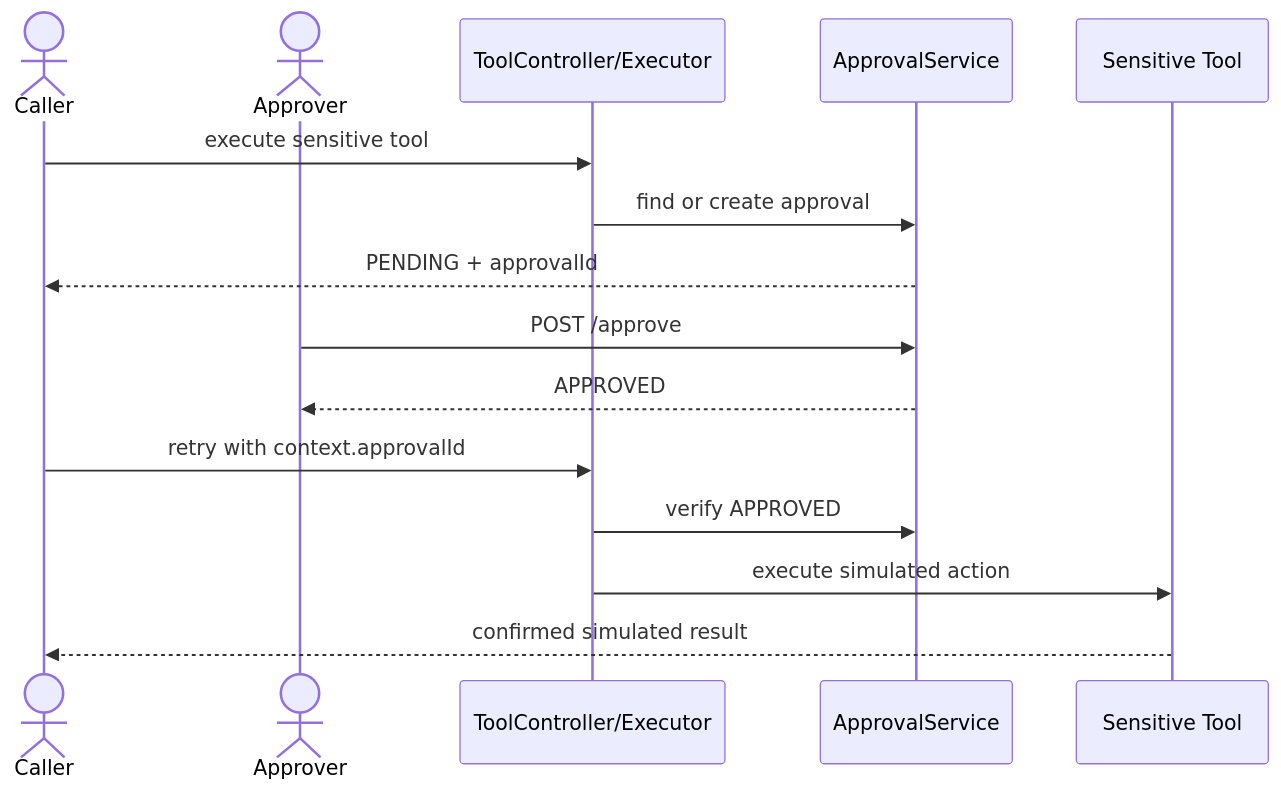
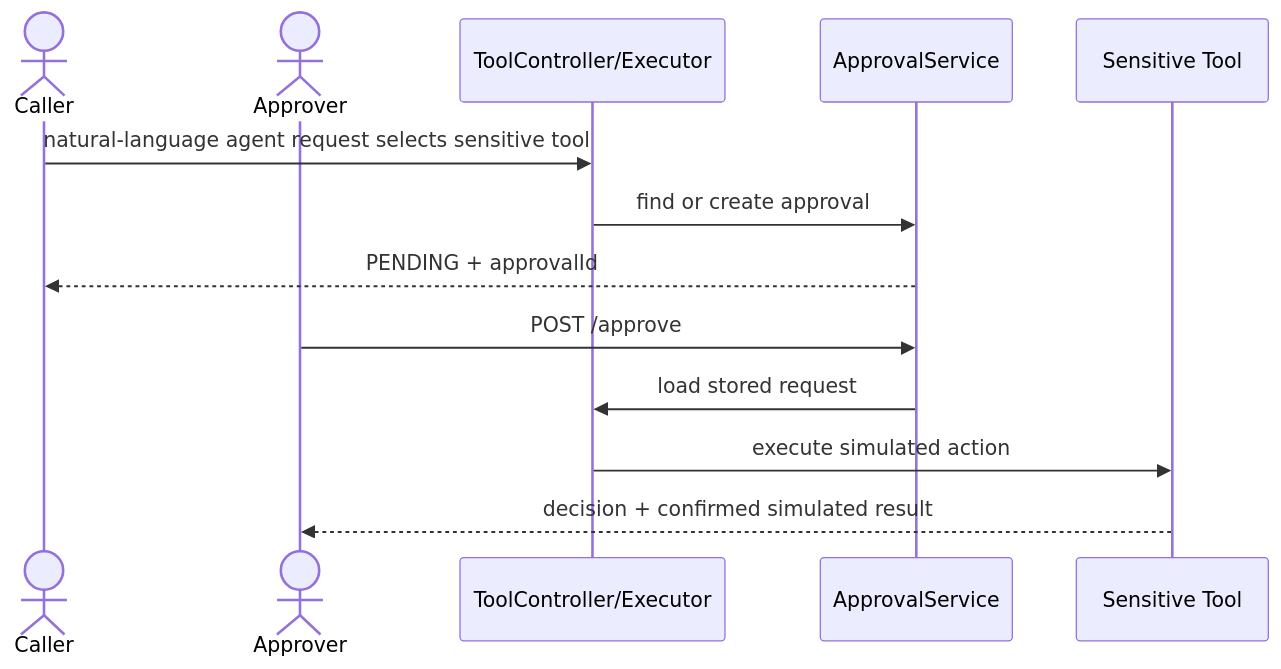
The third of 3 diagrams in docs/AGENTS.md (rawalpuneet1209/ai-foundry), drawn with Mermaid before and after one commit. The commit also changed other lines of this file and 33 other files, not shown here.

````diff
--- a/docs/AGENTS.md
+++ b/docs/AGENTS.md
@@ -241,18 +241,16 @@
 ```mermaid
 sequenceDiagram
     actor Caller
     actor Approver
     participant Tools as ToolController/Executor
     participant Approval as ApprovalService
     participant Tool as Sensitive Tool
 
-    Caller->>Tools: execute sensitive tool
+    Caller->>Tools: natural-language agent request selects sensitive tool
     Tools->>Approval: find or create approval
     Approval-->>Caller: PENDING + approvalId
     Approver->>Approval: POST /approve
-    Approval-->>Approver: APPROVED
-    Caller->>Tools: retry with context.approvalId
-    Tools->>Approval: verify APPROVED
+    Approval->>Tools: load stored request
     Tools->>Tool: execute simulated action
-    Tool-->>Caller: confirmed simulated result
+    Tool-->>Approver: decision + confirmed simulated result
 ```
````
